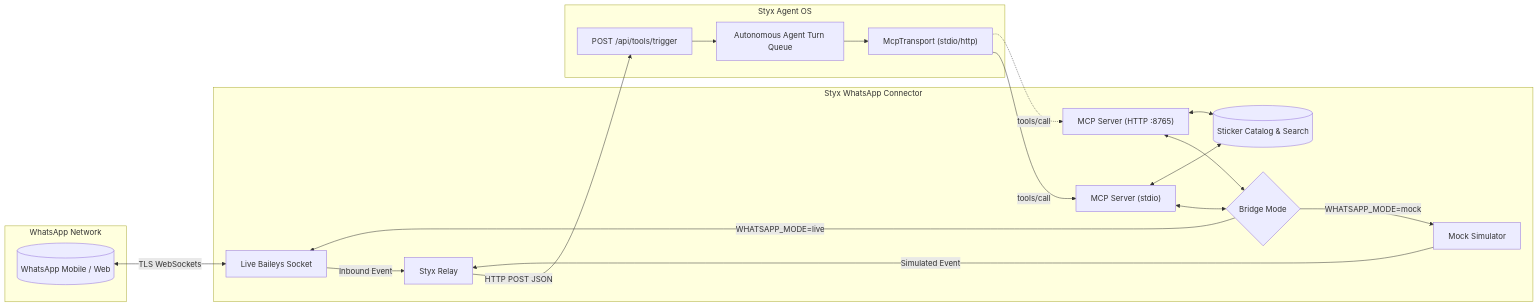
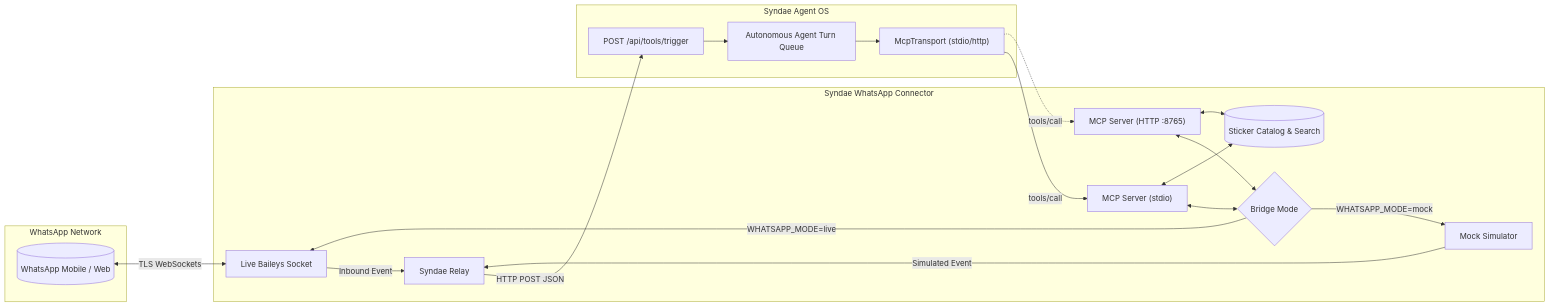
Before and after one commit to GoVed/styx-whatsapp: the diagram in README.md, drawn with Mermaid. The commit also changed other lines of this file and 30 other files, not shown here.

Commit message:
chore: migrate brand and runtime references from Styx to Syndae

````diff
--- a/README.md
+++ b/README.md
@@ -39,41 +39,41 @@
 ```mermaid
 flowchart LR
     subgraph WhatsApp["WhatsApp Network"]
         WA_NET[("WhatsApp Mobile / Web")]
     end
 
-    subgraph Connector["Styx WhatsApp Connector"]
+    subgraph Connector["Syndae WhatsApp Connector"]
         BRIDGE{"Bridge Mode"}
         MOCK["Mock Simulator"]
         LIVE["Live Baileys Socket"]
-        RELAY["Styx Relay"]
+        RELAY["Syndae Relay"]
         MCP_STDIO["MCP Server (stdio)"]
         MCP_HTTP["MCP Server (HTTP :8765)"]
         STICKERS[("Sticker Catalog & Search")]
         
         BRIDGE -->|WHATSAPP_MODE=mock| MOCK
         BRIDGE -->|WHATSAPP_MODE=live| LIVE
         WA_NET <-->|TLS WebSockets| LIVE
         
         LIVE -->|Inbound Event| RELAY
         MOCK -->|Simulated Event| RELAY
         
         MCP_STDIO <--> BRIDGE
         MCP_HTTP <--> BRIDGE
         MCP_STDIO <--> STICKERS
         MCP_HTTP <--> STICKERS
     end
 
-    subgraph StyxOS["Styx Agent OS"]
-        STYX_TRIGGER["POST /api/tools/trigger"]
-        STYX_MCP["McpTransport (stdio/http)"]
-        STYX_AGENT["Autonomous Agent Turn Queue"]
+    subgraph SyndaeOS["Syndae Agent OS"]
+        SYNDAE_TRIGGER["POST /api/tools/trigger"]
+        SYNDAE_MCP["McpTransport (stdio/http)"]
+        SYNDAE_AGENT["Autonomous Agent Turn Queue"]
         
-        STYX_TRIGGER --> STYX_AGENT
-        STYX_AGENT --> STYX_MCP
+        SYNDAE_TRIGGER --> SYNDAE_AGENT
+        SYNDAE_AGENT --> SYNDAE_MCP
     end
 
-    RELAY -->|HTTP POST JSON| STYX_TRIGGER
-    STYX_MCP -->|tools/call| MCP_STDIO
-    STYX_MCP -.->|tools/call| MCP_HTTP
+    RELAY -->|HTTP POST JSON| SYNDAE_TRIGGER
+    SYNDAE_MCP -->|tools/call| MCP_STDIO
+    SYNDAE_MCP -.->|tools/call| MCP_HTTP
 ```
````
